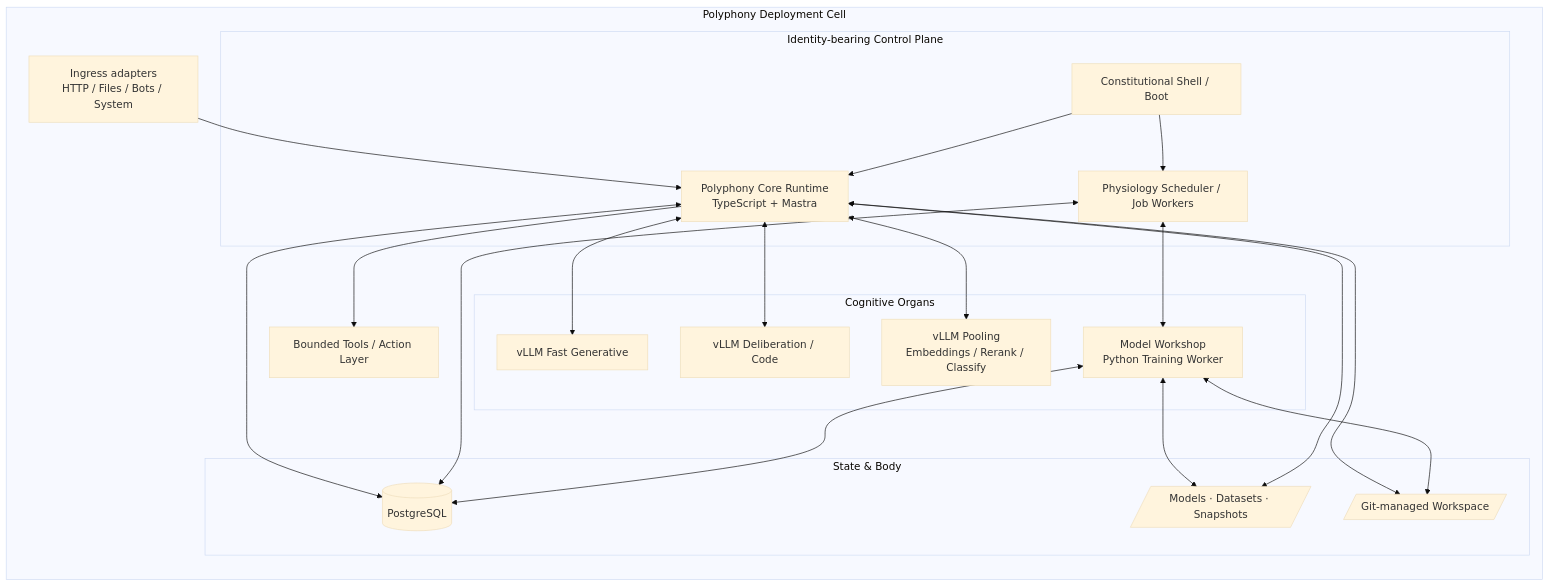
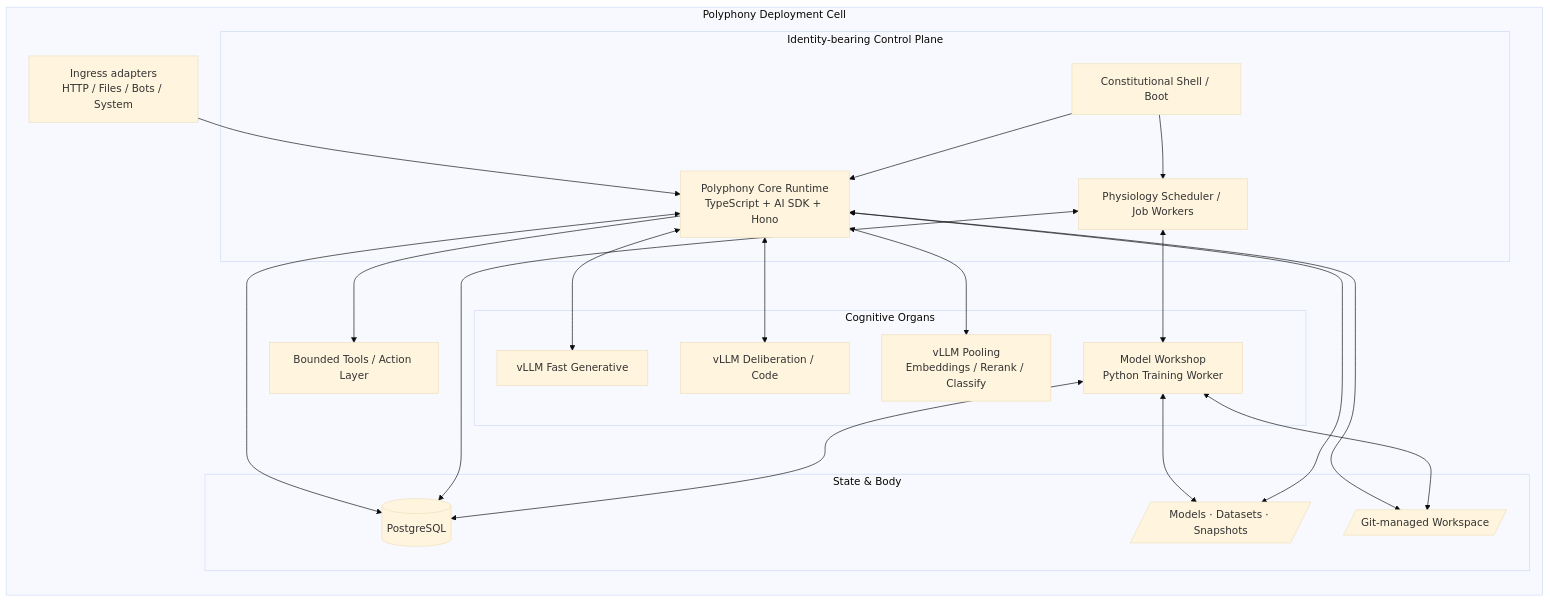
The first of 2 diagrams in docs/architecture/system.md (kostysh/yaagi), drawn with Mermaid (base theme) before and after one commit. The commit also changed other lines of this file and 25 other files, not shown here.

````diff
--- a/docs/architecture/system.md
+++ b/docs/architecture/system.md
@@ -176,39 +182,39 @@
 ```mermaid
 flowchart LR
     subgraph cell[Polyphony Deployment Cell]
         subgraph control[Identity-bearing Control Plane]
             boot[Constitutional Shell / Boot]
-            core[Polyphony Core Runtime\nTypeScript + Mastra]
+            core[Polyphony Core Runtime\nTypeScript + AI SDK + Hono]
             jobs[Physiology Scheduler / Job Workers]
         end
 
         subgraph organs[Cognitive Organs]
             fast[vLLM Fast Generative]
             deep[vLLM Deliberation / Code]
             pool[vLLM Pooling\nEmbeddings / Rerank / Classify]
             workshop[Model Workshop\nPython Training Worker]
         end
 
         subgraph state[State & Body]
             pg[(PostgreSQL)]
             repo[/Git-managed Workspace/]
             artifacts[/Models · Datasets · Snapshots/]
         end
 
         ingress[Ingress adapters\nHTTP / Files / Bots / System] --> core
         core <--> pg
         jobs <--> pg
         core <--> fast
         core <--> deep
         core <--> pool
         jobs <--> workshop
         workshop <--> pg
         workshop <--> artifacts
         core <--> repo
         workshop <--> repo
         core <--> artifacts
         core --> egress[Bounded Tools / Action Layer]
         boot --> core
         boot --> jobs
     end
 ```
````
